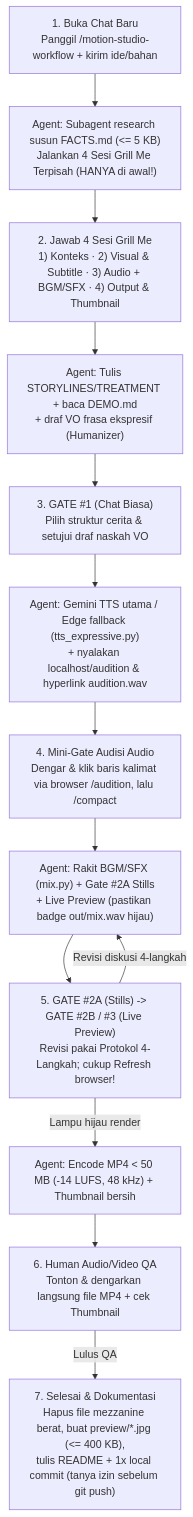
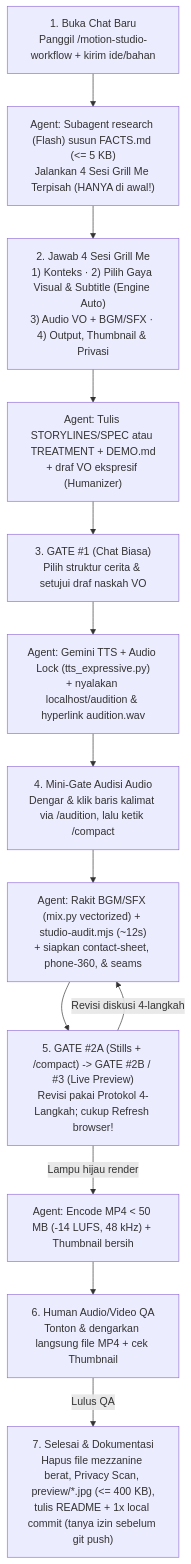
One commit to mhmmdridhali/AI-Motion-Studio changed the diagram in USER_WORKFLOW.md. Above: the diagram before and after it, drawn with Mermaid. The commit also changed other lines of this file and 9 other files, not shown here.

Commit message:
feat(studio): add unified 3-track pipeline, studio-audit.mjs, and TTS audio lock + tempo

````diff
--- a/USER_WORKFLOW.md
+++ b/USER_WORKFLOW.md
@@ -19,15 +19,15 @@
 ```mermaid
 flowchart TD
-    U1["1. Buka Chat Baru<br/>Panggil /motion-studio-workflow + kirim ide/bahan"] --> A1["Agent: Subagent research susun FACTS.md (<= 5 KB)<br/>Jalankan 4 Sesi Grill Me Terpisah (HANYA di awal!)"]
-    A1 --> U2["2. Jawab 4 Sesi Grill Me<br/>1) Konteks · 2) Visual & Subtitle · 3) Audio + BGM/SFX · 4) Output & Thumbnail"]
-    U2 --> A2["Agent: Tulis STORYLINES/TREATMENT + baca DEMO.md<br/>+ draf VO frasa ekspresif (Humanizer)"]
+    U1["1. Buka Chat Baru<br/>Panggil /motion-studio-workflow + kirim ide/bahan"] --> A1["Agent: Subagent research (Flash) susun FACTS.md (<= 5 KB)<br/>Jalankan 4 Sesi Grill Me Terpisah (HANYA di awal!)"]
+    A1 --> U2["2. Jawab 4 Sesi Grill Me<br/>1) Konteks · 2) Pilih Gaya Visual & Subtitle (Engine Auto)<br/>3) Audio VO + BGM/SFX · 4) Output, Thumbnail & Privasi"]
+    U2 --> A2["Agent: Tulis STORYLINES/SPEC atau TREATMENT + DEMO.md<br/>+ draf VO ekspresif (Humanizer)"]
     A2 --> U3["3. GATE #1 (Chat Biasa)<br/>Pilih struktur cerita & setujui draf naskah VO"]
-    U3 --> A3["Agent: Gemini TTS utama / Edge fallback (tts_expressive.py)<br/>+ nyalakan localhost/audition & hyperlink audition.wav"]
-    A3 --> U4["4. Mini-Gate Audisi Audio<br/>Dengar & klik baris kalimat via browser /audition, lalu /compact"]
-    U4 --> A4["Agent: Rakit BGM/SFX (mix.py) + Gate #2A Stills<br/>+ Live Preview (pastikan badge out/mix.wav hijau)"]
-    A4 --> U5["5. GATE #2A (Stills) -> GATE #2B / #3 (Live Preview)<br/>Revisi pakai Protokol 4-Langkah; cukup Refresh browser!"]
+    U3 --> A3["Agent: Gemini TTS + Audio Lock (tts_expressive.py)<br/>+ nyalakan localhost/audition & hyperlink audition.wav"]
+    A3 --> U4["4. Mini-Gate Audisi Audio<br/>Dengar & klik baris kalimat via /audition, lalu ketik /compact"]
+    U4 --> A4["Agent: Rakit BGM/SFX (mix.py vectorized) + studio-audit.mjs (~12s)<br/>+ siapkan contact-sheet, phone-360, & seams"]
+    A4 --> U5["5. GATE #2A (Stills + /compact) -> GATE #2B / #3 (Live Preview)<br/>Revisi pakai Protokol 4-Langkah; cukup Refresh browser!"]
     U5 -->|Revisi diskusi 4-langkah| A4
     U5 -->|Lampu hijau render| A5["Agent: Encode MP4 < 50 MB (-14 LUFS, 48 kHz) + Thumbnail bersih"]
     A5 --> U6["6. Human Audio/Video QA<br/>Tonton & dengarkan langsung file MP4 + cek Thumbnail"]
-    U6 -->|Lulus QA| U7["7. Selesai & Dokumentasi<br/>Hapus file mezzanine berat, buat preview/*.jpg (<= 400 KB),<br/>tulis README + 1x local commit (tanya izin sebelum git push)"]
+    U6 -->|Lulus QA| U7["7. Selesai & Dokumentasi<br/>Hapus file mezzanine berat, Privacy Scan, preview/*.jpg (<= 400 KB),<br/>tulis README + 1x local commit (tanya izin sebelum git push)"]
 ```
````
